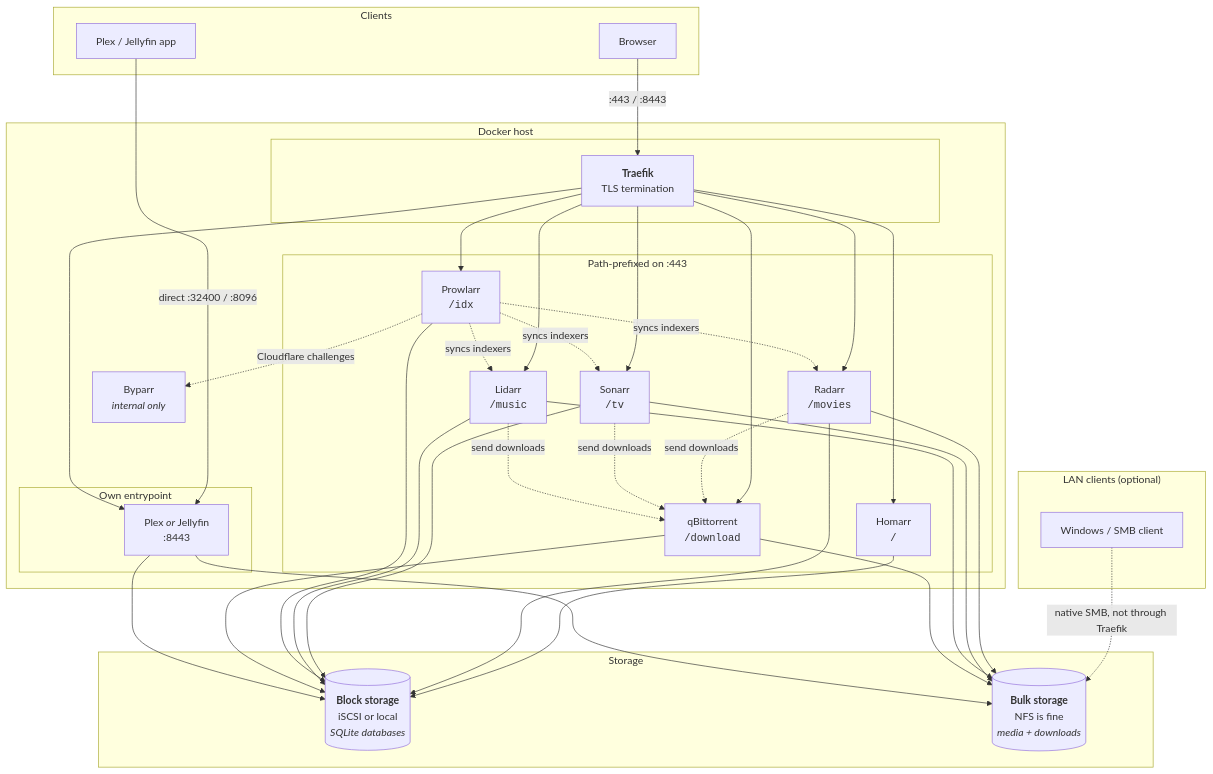
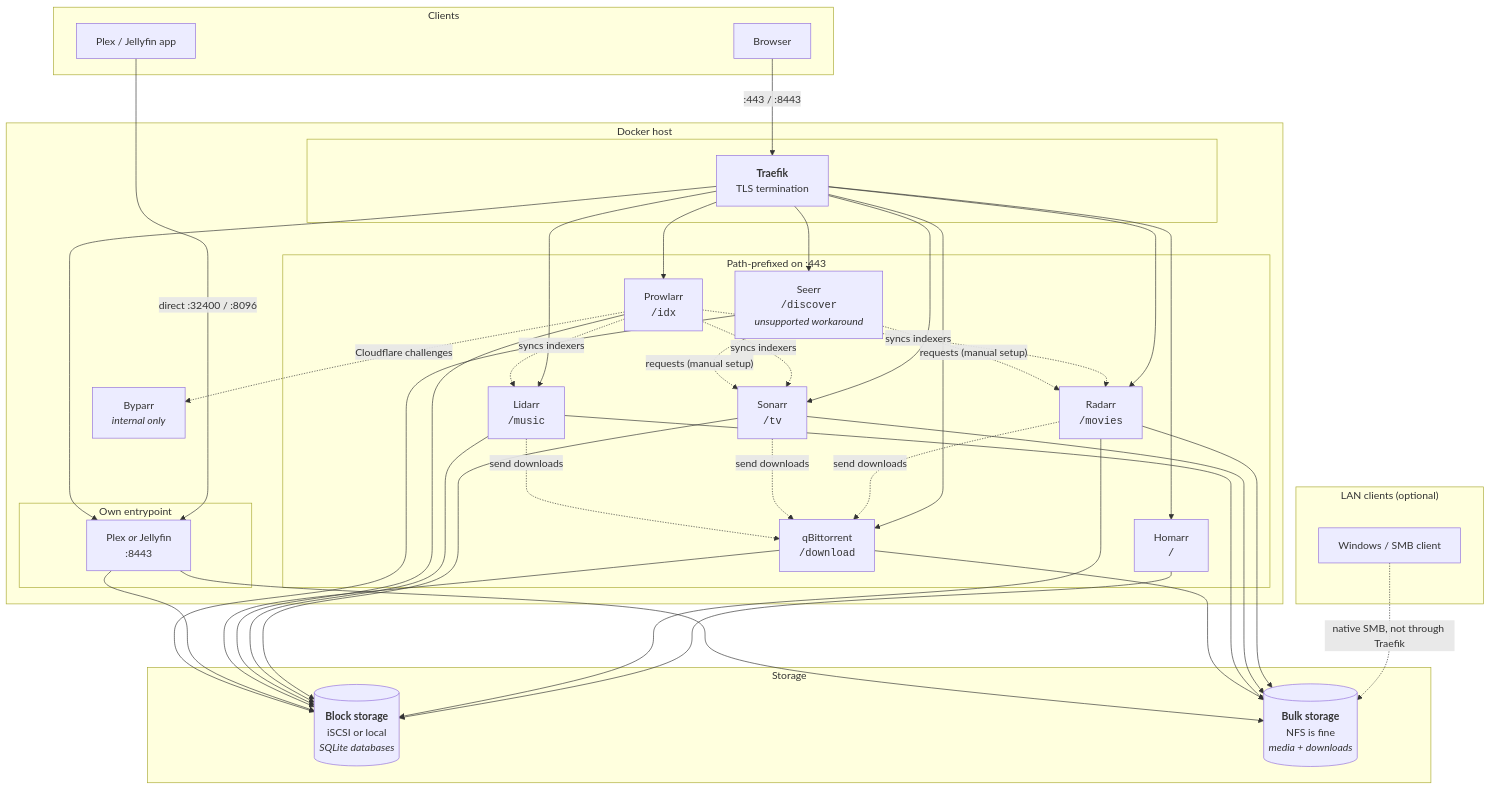
Before and after one commit to AndyProsser/media-suite: the diagram in docs/architecture.md, drawn with Mermaid. The commit also changed other lines of this file and 7 other files, not shown here.

First line of the commit message:
Add Seerr service for media discovery and requests

````diff
--- a/docs/architecture.md
+++ b/docs/architecture.md
@@ -7,51 +7,53 @@
 ```mermaid
 flowchart TB
     subgraph clients["Clients"]
         browser["Browser"]
         app["Plex / Jellyfin app"]
     end
 
     subgraph host["Docker host"]
         subgraph proxy_layer[" "]
             traefik["<b>Traefik</b><br/>TLS termination"]
         end
 
         subgraph apps["Path-prefixed on :443"]
             homarr["Homarr<br/><code>/</code>"]
             radarr["Radarr<br/><code>/movies</code>"]
             sonarr["Sonarr<br/><code>/tv</code>"]
             lidarr["Lidarr<br/><code>/music</code>"]
             prowlarr["Prowlarr<br/><code>/idx</code>"]
             qbit["qBittorrent<br/><code>/download</code>"]
+            seerr["Seerr<br/><code>/discover</code><br/><i>unsupported workaround</i>"]
         end
 
         subgraph roots["Own entrypoint"]
             media["Plex <i>or</i> Jellyfin<br/>:8443"]
         end
 
         byparr["Byparr<br/><i>internal only</i>"]
     end
 
     subgraph storage["Storage"]
         block[("<b>Block storage</b><br/>iSCSI or local<br/><i>SQLite databases</i>")]
         bulk[("<b>Bulk storage</b><br/>NFS is fine<br/><i>media + downloads</i>")]
     end
 
     subgraph lan["LAN clients (optional)"]
         smb["Windows / SMB client"]
     end
 
     browser -->|":443 / :8443"| traefik
     app -->|"direct :32400 / :8096"| media
     smb -.->|"native SMB, not through Traefik"| bulk
 
-    traefik --> homarr & radarr & sonarr & lidarr & prowlarr & qbit
+    traefik --> homarr & radarr & sonarr & lidarr & prowlarr & qbit & seerr
     traefik --> media
 
     prowlarr -.->|"syncs indexers"| radarr & sonarr & lidarr
     prowlarr -.->|"Cloudflare challenges"| byparr
     radarr & sonarr & lidarr -.->|"send downloads"| qbit
+    seerr -.->|"requests (manual setup)"| radarr & sonarr
 
-    homarr & radarr & sonarr & lidarr & prowlarr & qbit & media --> block
+    homarr & radarr & sonarr & lidarr & prowlarr & qbit & media & seerr --> block
     radarr & sonarr & lidarr & qbit & media --> bulk
 ```
````
